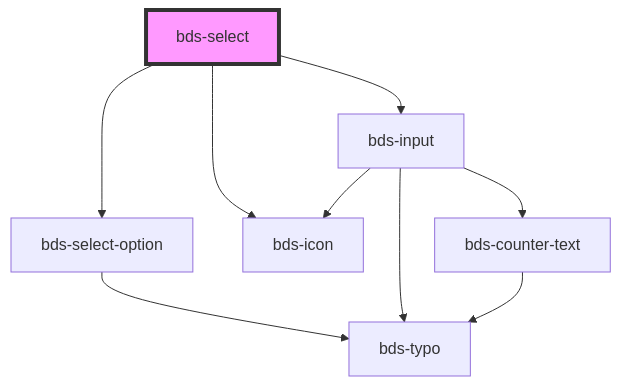
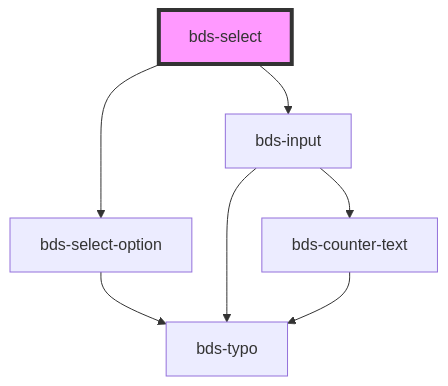
The diagram in src/components/select/readme.md (takenet/blip-ds), drawn with Mermaid before and after one commit. The commit also changed other lines of this file and 207 other files, not shown here.

````diff
--- a/src/components/select/readme.md
+++ b/src/components/select/readme.md
@@ -38,12 +37,10 @@
 ```mermaid
 graph TD;
   bds-select --> bds-select-option
   bds-select --> bds-input
-  bds-select --> bds-icon
   bds-select-option --> bds-typo
-  bds-input --> bds-icon
   bds-input --> bds-typo
   bds-input --> bds-counter-text
   bds-counter-text --> bds-typo
   style bds-select fill:#f9f,stroke:#333,stroke-width:4px
 ```
````
